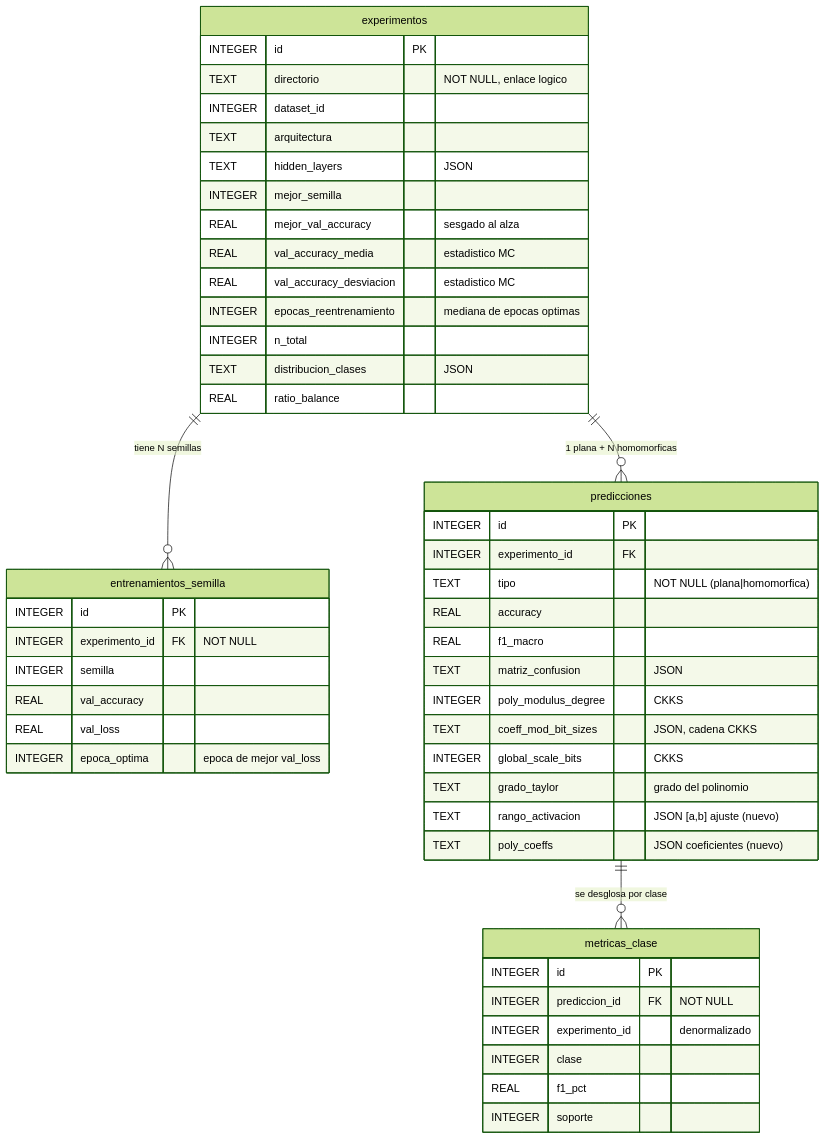
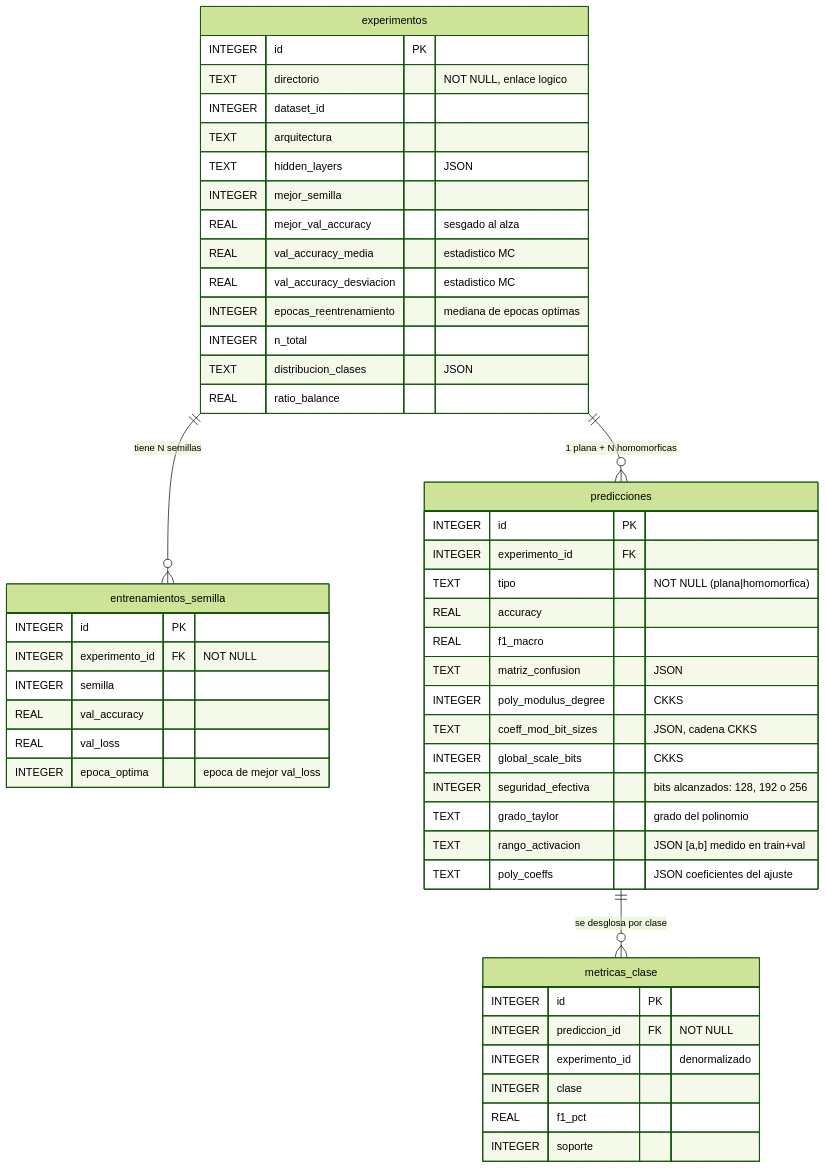
The diagram in Homomorphic Encription/ESQUEMA_BD.md (Inurria979/Homomorphic-Encription), drawn with Mermaid (forest theme) before and after one commit. The commit also changed other lines of this file and 8 other files, not shown here.

````diff
--- a/Homomorphic Encription/ESQUEMA_BD.md
+++ b/Homomorphic Encription/ESQUEMA_BD.md
@@ -22,52 +22,53 @@
 ```mermaid
 erDiagram
     experimentos ||--o{ entrenamientos_semilla : "tiene N semillas"
     experimentos ||--o{ predicciones          : "1 plana + N homomorficas"
     predicciones ||--o{ metricas_clase         : "se desglosa por clase"
 
     experimentos {
         INTEGER id PK
         TEXT    directorio "NOT NULL, enlace logico"
         INTEGER dataset_id
         TEXT    arquitectura
         TEXT    hidden_layers "JSON"
         INTEGER mejor_semilla
         REAL    mejor_val_accuracy "sesgado al alza"
         REAL    val_accuracy_media "estadistico MC"
         REAL    val_accuracy_desviacion "estadistico MC"
         INTEGER epocas_reentrenamiento "mediana de epocas optimas"
         INTEGER n_total
         TEXT    distribucion_clases "JSON"
         REAL    ratio_balance
     }
     entrenamientos_semilla {
         INTEGER id PK
         INTEGER experimento_id FK "NOT NULL"
         INTEGER semilla
         REAL    val_accuracy
         REAL    val_loss
         INTEGER epoca_optima "epoca de mejor val_loss"
     }
     predicciones {
         INTEGER id PK
         INTEGER experimento_id FK
         TEXT    tipo "NOT NULL (plana|homomorfica)"
         REAL    accuracy
         REAL    f1_macro
         TEXT    matriz_confusion "JSON"
         INTEGER poly_modulus_degree "CKKS"
         TEXT    coeff_mod_bit_sizes "JSON, cadena CKKS"
         INTEGER global_scale_bits "CKKS"
+        INTEGER seguridad_efectiva "bits alcanzados: 128, 192 o 256"
         TEXT    grado_taylor "grado del polinomio"
-        TEXT    rango_activacion "JSON [a,b] ajuste (nuevo)"
-        TEXT    poly_coeffs "JSON coeficientes (nuevo)"
+        TEXT    rango_activacion "JSON [a,b] medido en train+val"
+        TEXT    poly_coeffs "JSON coeficientes del ajuste"
     }
     metricas_clase {
         INTEGER id PK
         INTEGER prediccion_id FK "NOT NULL"
         INTEGER experimento_id "denormalizado"
         INTEGER clase
         REAL    f1_pct
         INTEGER soporte
     }
 ```
````
